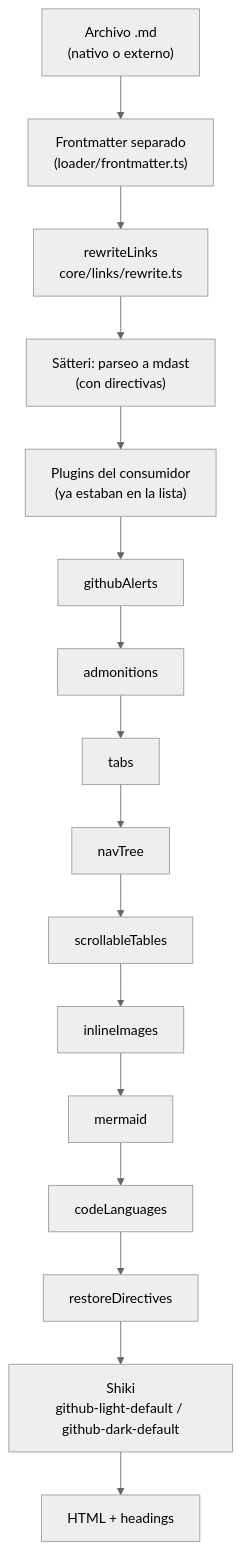
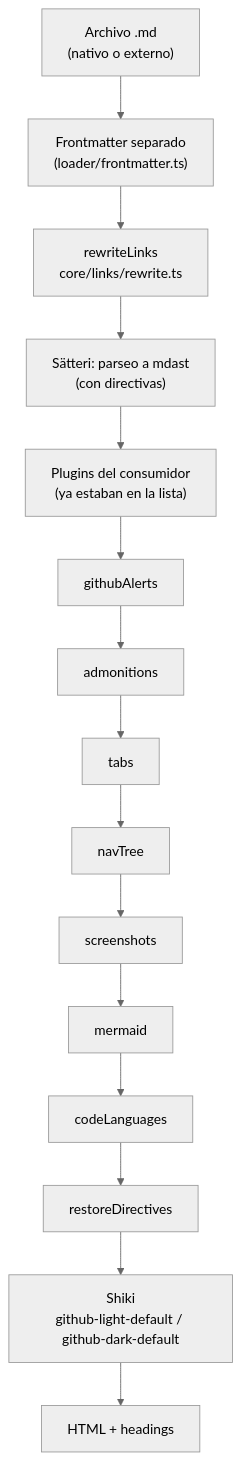
The diagram in docs/src/content/docs/guia/markdown.md (velezanthony/design), drawn with Mermaid (neutral theme) before and after one commit. The commit also changed other lines of this file and 11 other files, not shown here.

````diff
--- a/docs/src/content/docs/guia/markdown.md
+++ b/docs/src/content/docs/guia/markdown.md
@@ -27,18 +27,17 @@
 ```mermaid
 flowchart TD
   src["Archivo .md<br/>(nativo o externo)"] --> fm["Frontmatter separado<br/>(loader/frontmatter.ts)"]
   fm --> rw["rewriteLinks<br/>core/links/rewrite.ts"]
   rw --> sat["Sätteri: parseo a mdast<br/>(con directivas)"]
   sat --> cp["Plugins del consumidor<br/>(ya estaban en la lista)"]
   cp --> ga["githubAlerts"]
   ga --> ad["admonitions"]
   ad --> tb["tabs"]
   tb --> nt["navTree"]
-  nt --> st["scrollableTables"]
-  st --> ii["inlineImages"]
-  ii --> mm["mermaid"]
+  nt --> ss["screenshots"]
+  ss --> mm["mermaid"]
   mm --> cl["codeLanguages"]
   cl --> rd["restoreDirectives"]
   rd --> sh["Shiki<br/>github-light-default / github-dark-default"]
   sh --> html["HTML + headings"]
 ```
````
